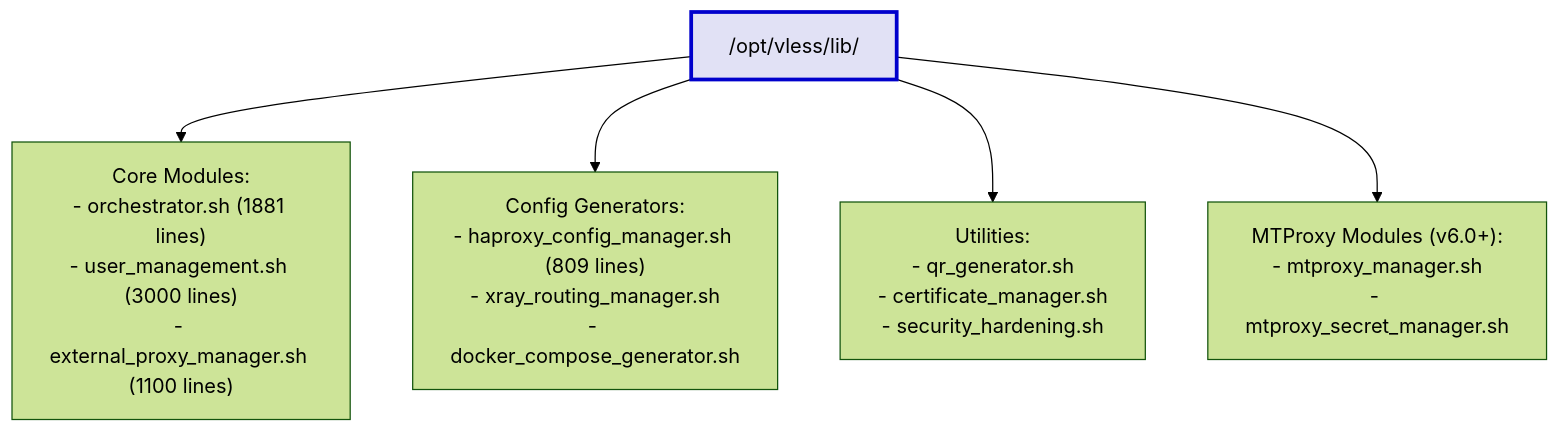
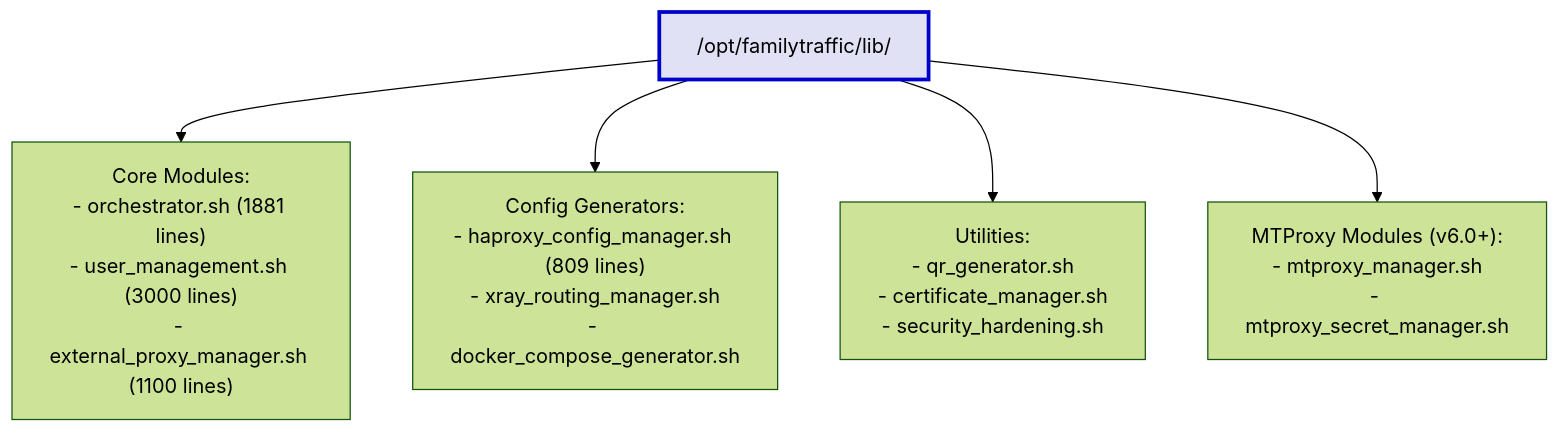
One commit to ikeniborn/vless changed the fifth of 10 diagrams in docs/architecture/diagrams/deployment/filesystem-layout.md. Above: the diagram before and after it, drawn with Mermaid (forest theme). The commit also changed other lines of this file and 66 other files, not shown here.

First line of the commit message:
refactor(rename): replace old project name 'vless' with 'familytraffic'

````diff
--- a/docs/architecture/diagrams/deployment/filesystem-layout.md
+++ b/docs/architecture/diagrams/deployment/filesystem-layout.md
@@ -186,19 +186,19 @@
 ```mermaid
 graph TB
-    LibDir["/opt/vless/lib/"]
+    LibDir["/opt/familytraffic/lib/"]
 
     Core["Core Modules:<br/>- orchestrator.sh (1881 lines)<br/>- user_management.sh (3000 lines)<br/>- external_proxy_manager.sh (1100 lines)"]
 
     Config["Config Generators:<br/>- haproxy_config_manager.sh (809 lines)<br/>- xray_routing_manager.sh<br/>- docker_compose_generator.sh"]
 
     Utilities["Utilities:<br/>- qr_generator.sh<br/>- certificate_manager.sh<br/>- security_hardening.sh"]
 
     MTProxy["MTProxy Modules (v6.0+):<br/>- mtproxy_manager.sh<br/>- mtproxy_secret_manager.sh"]
 
     LibDir --> Core
     LibDir --> Config
     LibDir --> Utilities
     LibDir --> MTProxy
 
     style LibDir fill:#e1e1f5,stroke:#0000cc,stroke-width:3px
 ```
````
